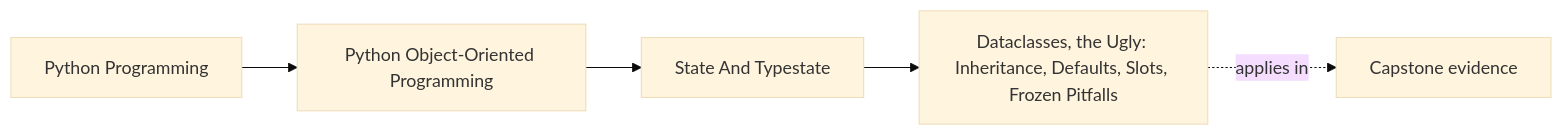
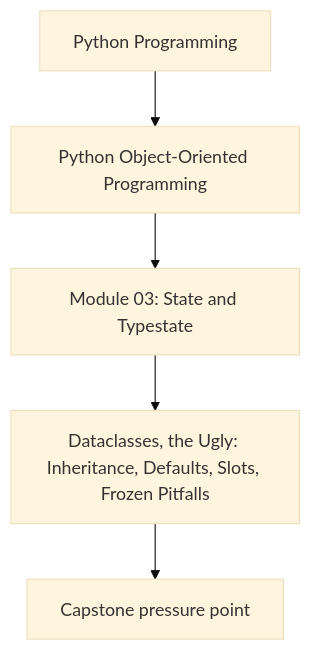
The first of 2 diagrams in programs/python-programming/python-object-oriented-programming/course-book/module-03-state-and-typestate/dataclass-inheritance-defaults-slots-and-frozen-pitfalls.md (bijux/bijux-masterclass), drawn with Mermaid (base theme) before and after one commit. The commit also changed other lines of this file and 107 other files, not shown here.

Commit message:
docs(python-object-oriented-programming): align concept page diagrams

````diff
--- a/programs/python-programming/python-object-oriented-programming/course-book/module-03-state-and-typestate/dataclass-inheritance-defaults-slots-and-frozen-pitfalls.md
+++ b/programs/python-programming/python-object-oriented-programming/course-book/module-03-state-and-typestate/dataclass-inheritance-defaults-slots-and-frozen-pitfalls.md
@@ -7,11 +7,7 @@
 ```mermaid
-graph LR
-  family["Python Programming"]
-  program["Python Object-Oriented Programming"]
-  section["State And Typestate"]
-  page["Dataclasses, the Ugly: Inheritance, Defaults, Slots, Frozen Pitfalls"]
-  capstone["Capstone evidence"]
-
-  family --> program --> section --> page
-  page -.applies in.-> capstone
+flowchart TD
+  family["Python Programming"] --> program["Python Object-Oriented Programming"]
+  program --> module["Module 03: State and Typestate"]
+  module --> concept["Dataclasses, the Ugly: Inheritance, Defaults, Slots, Frozen Pitfalls"]
+  concept --> capstone["Capstone pressure point"]
 ```
````
